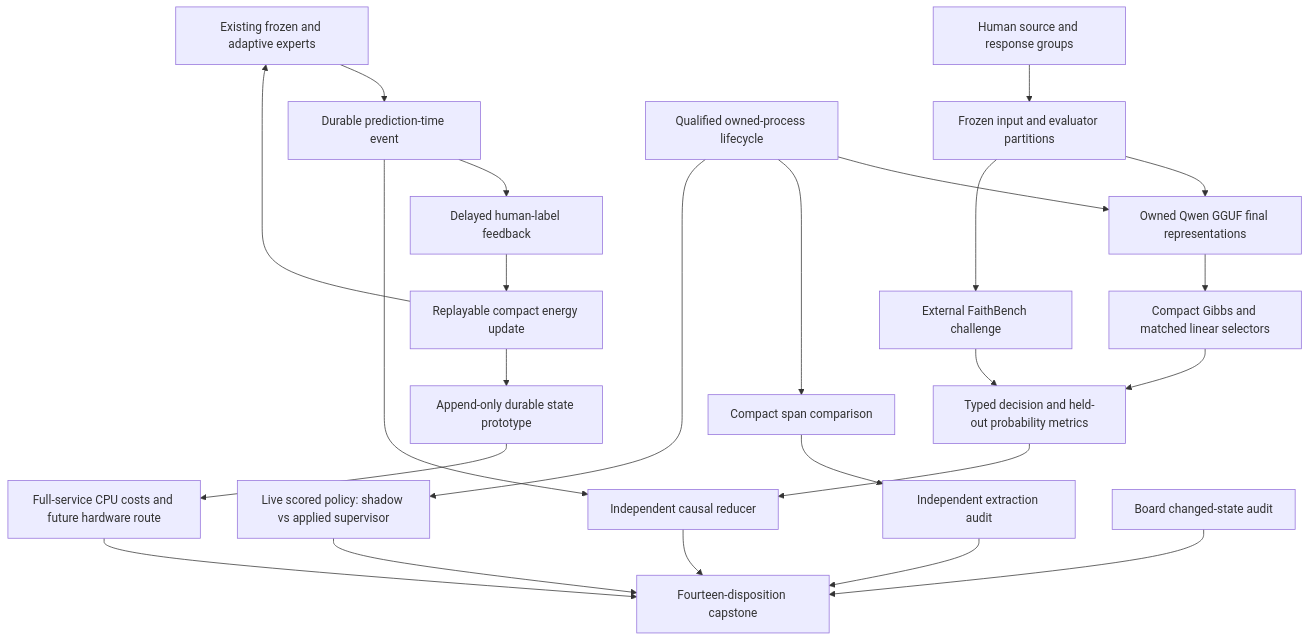
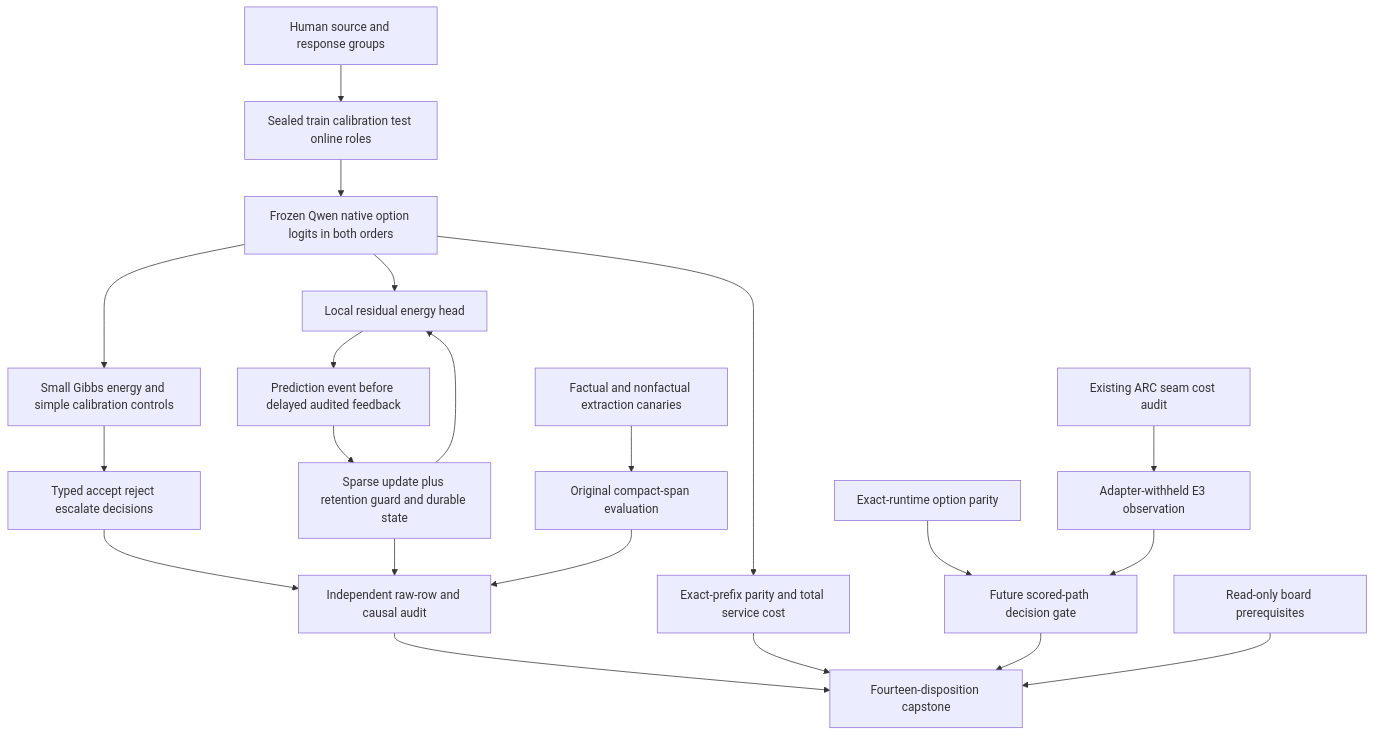
One commit to Carnot-EBM/carnot-ebm changed the first of 2 diagrams in openspec/change-proposals/research-roadmap-vNEXT.md. Above: the diagram before and after it, drawn with Mermaid. The commit also changed other lines of this file and 13 other files, not shown here.

````diff
--- a/openspec/change-proposals/research-roadmap-vNEXT.md
+++ b/openspec/change-proposals/research-roadmap-vNEXT.md
@@ -79,26 +87,23 @@
 ```mermaid
 flowchart TD
-    D[Human source and response groups] --> P[Frozen input and evaluator partitions]
-    P --> R[Owned Qwen GGUF final representations]
-    R --> E[Compact Gibbs and matched linear selectors]
-    E --> T[Typed decision and held-out probability metrics]
-    P --> C[External FaithBench challenge]
-    C --> T
-    S[Existing frozen and adaptive experts] --> Q[Durable prediction-time event]
-    Q --> L[Delayed human-label feedback]
-    L --> U[Replayable compact energy update]
-    U --> S
-    Q --> A[Independent causal reducer]
-    T --> A
-    O[Qualified owned-process lifecycle] --> R
-    O --> X[Compact span comparison]
-    X --> V[Independent extraction audit]
-    O --> ARC[Live scored policy: shadow vs applied supervisor]
-    U --> J[Append-only durable state prototype]
-    J --> H[Full-service CPU costs and future hardware route]
+    S[Human source and response groups] --> P[Sealed train calibration test online roles]
+    P --> Q[Frozen Qwen native option logits in both orders]
+    Q --> E[Small Gibbs energy and simple calibration controls]
+    E --> D[Typed accept reject escalate decisions]
+    Q --> R[Local residual energy head]
+    R --> L[Prediction event before delayed audited feedback]
+    L --> U[Sparse update plus retention guard and durable state]
+    U --> R
+    D --> A[Independent raw-row and causal audit]
+    U --> A
+    X[Factual and nonfactual extraction canaries] --> C[Original compact-span evaluation]
+    C --> A
+    E0[Exact-runtime option parity] --> K[Future scored-path decision gate]
+    E6[Existing ARC seam cost audit] --> ARC[Adapter-withheld E3 observation]
+    ARC --> K
+    Q --> H[Exact-prefix parity and total service cost]
     A --> Z[Fourteen-disposition capstone]
-    V --> Z
-    ARC --> Z
     H --> Z
-    B[Board changed-state audit] --> Z
+    K --> Z
+    B[Read-only board prerequisites] --> Z
 ```
````
